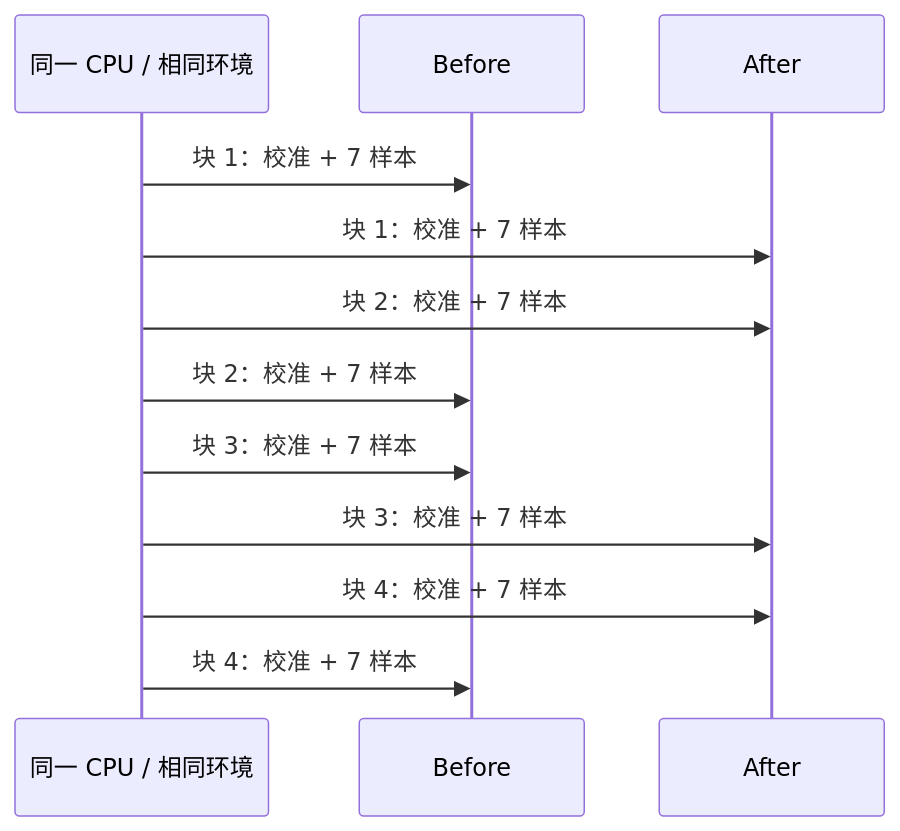
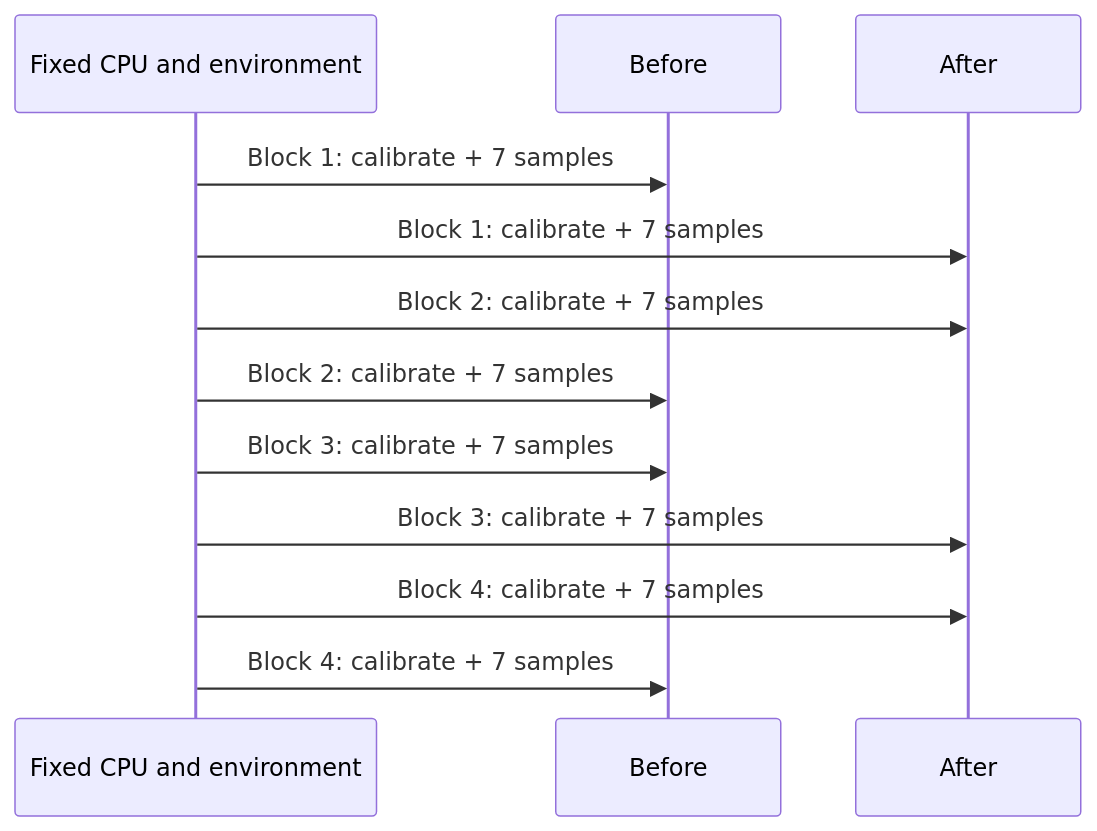
Before and after one commit to XieWeikai/mcap-ops: the diagram in RSI/profiling.md, drawn with Mermaid. The commit also changed other lines of this file and 71 other files, not shown here.

````diff
--- a/RSI/profiling.md
+++ b/RSI/profiling.md
@@ -72,14 +81,14 @@
 ```mermaid
 sequenceDiagram
-    participant H as 同一 CPU / 相同环境
+    participant H as Fixed CPU and environment
     participant A as Before
     participant B as After
-    H->>A: 块 1：校准 + 7 样本
-    H->>B: 块 1：校准 + 7 样本
-    H->>B: 块 2：校准 + 7 样本
-    H->>A: 块 2：校准 + 7 样本
-    H->>A: 块 3：校准 + 7 样本
-    H->>B: 块 3：校准 + 7 样本
-    H->>B: 块 4：校准 + 7 样本
-    H->>A: 块 4：校准 + 7 样本
+    H->>A: Block 1: calibrate + 7 samples
+    H->>B: Block 1: calibrate + 7 samples
+    H->>B: Block 2: calibrate + 7 samples
+    H->>A: Block 2: calibrate + 7 samples
+    H->>A: Block 3: calibrate + 7 samples
+    H->>B: Block 3: calibrate + 7 samples
+    H->>B: Block 4: calibrate + 7 samples
+    H->>A: Block 4: calibrate + 7 samples
 ```
````
